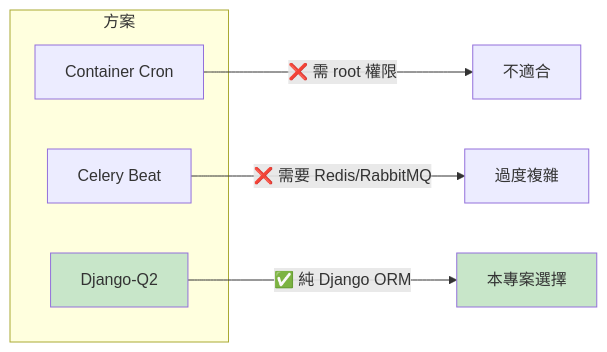
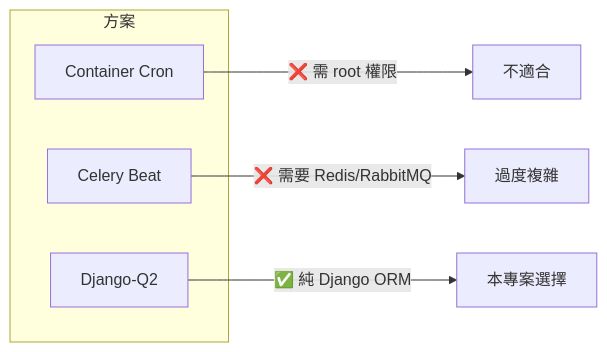
One commit to wrbyepct/assignment changed the ninth of 12 diagrams in README.md. Above: the diagram before and after it, drawn with Mermaid. The commit also changed other lines of this file and 3 other files, not shown here.

````diff
--- a/README.md
+++ b/README.md
@@ -1889,15 +1040,13 @@
 ```mermaid
 flowchart LR
     subgraph 方案
         A["Container Cron"]
         B["Celery Beat"]
         C["Django-Q2"]
     end
     
     A -->|"❌ 需 root 權限"| X1["不適合"]
     B -->|"❌ 需要 Redis/RabbitMQ"| X2["過度複雜"]
     C -->|"✅ 純 Django ORM"| X3["本專案選擇"]
 
-    style C fill:#c8e6c9
-    style X3 fill:#c8e6c9
 ```
````
